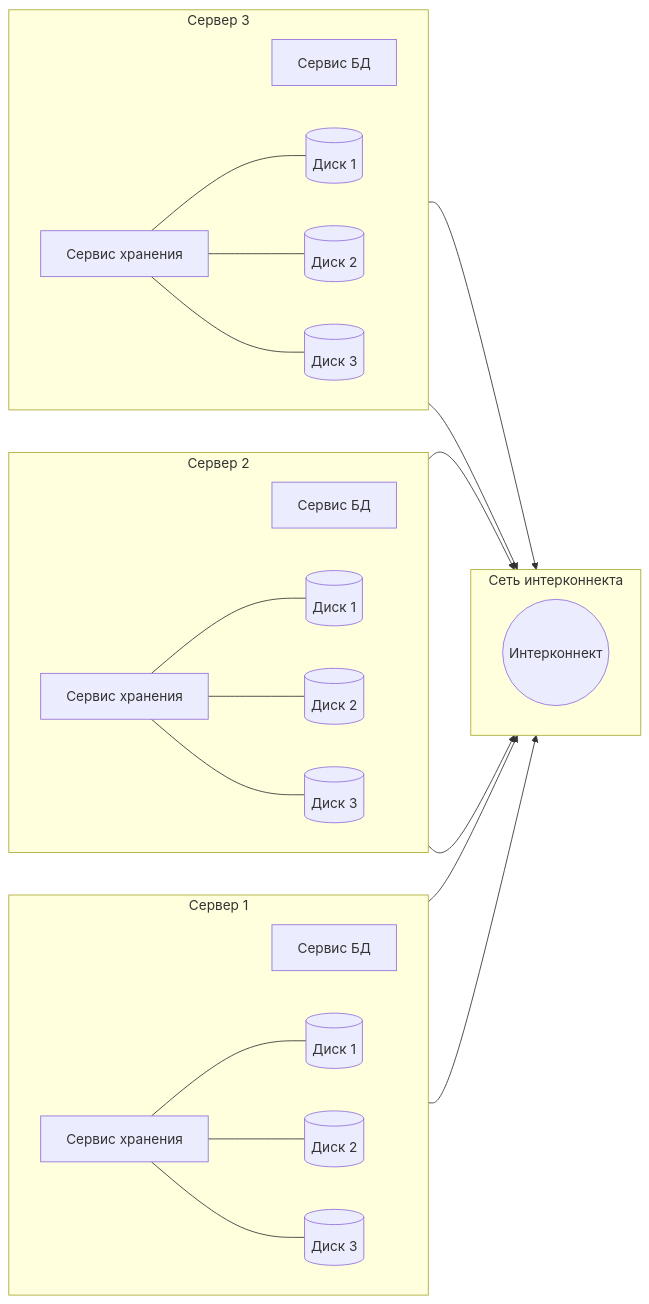
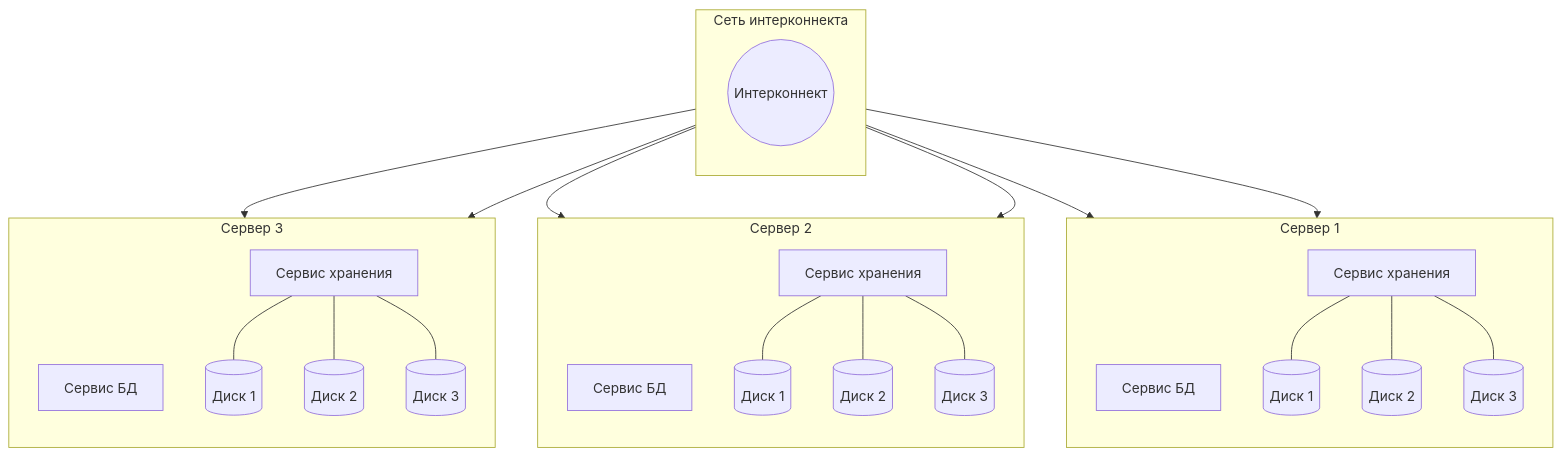
One commit to zinal/ydb-snippets changed the first of 4 diagrams in diagrams/db-diags.md. Above: the diagram before and after it, drawn with Mermaid.

````diff
--- a/diagrams/db-diags.md
+++ b/diagrams/db-diags.md
@@ -1,55 +1,53 @@
 ```mermaid
-flowchart LR
-    %% Сервер 1
-    subgraph S1[Сервер 1]
-      direction LR
-      S1DB[Сервис БД]
-      S1ST[Сервис хранения]
-      S1D1[(Диск 1)]
-      S1D2[(Диск 2)]
-      S1D3[(Диск 3)]
-      S1ST --- S1D1
-      S1ST --- S1D2
-      S1ST --- S1D3
-    end
-
-    %% Сервер 2
-    subgraph S2[Сервер 2]
-      direction LR
-      S2DB[Сервис БД]
-      S2ST[Сервис хранения]
-      S2D1[(Диск 1)]
-      S2D2[(Диск 2)]
-      S2D3[(Диск 3)]
-      S2ST --- S2D1
-      S2ST --- S2D2
-      S2ST --- S2D3
-    end
-
-    %% Сервер 3
-    subgraph S3[Сервер 3]
-      direction LR
-      S3DB[Сервис БД]
-      S3ST[Сервис хранения]
-      S3D1[(Диск 1)]
-      S3D2[(Диск 2)]
-      S3D3[(Диск 3)]
-      S3ST --- S3D1
-      S3ST --- S3D2
-      S3ST --- S3D3
-    end
-
-  %% Сеть интерконнекта справа
+flowchart TB
+  %% Интерконнект сверху
   subgraph NET[Сеть интерконнекта]
-    direction RL
+    direction LR
     IC((Интерконнект))
   end
 
-  %% Соединения слева направо, чтобы зафиксировать NET справа
-  S1DB --> IC
-  S1ST --> IC
-  S2DB --> IC
-  S2ST --> IC
-  S3DB --> IC
-  S3ST --> IC
+  %% Сервера внизу слева направо (без общего блока)
+  subgraph S1[Сервер 1]
+    direction TB
+    S1DB[Сервис БД]
+    S1ST[Сервис хранения]
+    S1D1[(Диск 1)]
+    S1D2[(Диск 2)]
+    S1D3[(Диск 3)]
+    S1ST --- S1D1
+    S1ST --- S1D2
+    S1ST --- S1D3
+  end
+
+  subgraph S2[Сервер 2]
+    direction TB
+    S2DB[Сервис БД]
+    S2ST[Сервис хранения]
+    S2D1[(Диск 1)]
+    S2D2[(Диск 2)]
+    S2D3[(Диск 3)]
+    S2ST --- S2D1
+    S2ST --- S2D2
+    S2ST --- S2D3
+  end
+
+  subgraph S3[Сервер 3]
+    direction TB
+    S3DB[Сервис БД]
+    S3ST[Сервис хранения]
+    S3D1[(Диск 1)]
+    S3D2[(Диск 2)]
+    S3D3[(Диск 3)]
+    S3ST --- S3D1
+    S3ST --- S3D2
+    S3ST --- S3D3
+  end
+
+  %% Подключение всех сервисов к интерконнекту (сверху вниз)
+  IC --> S1DB
+  IC --> S1ST
+  IC --> S2DB
+  IC --> S2ST
+  IC --> S3DB
+  IC --> S3ST
 ```
````
